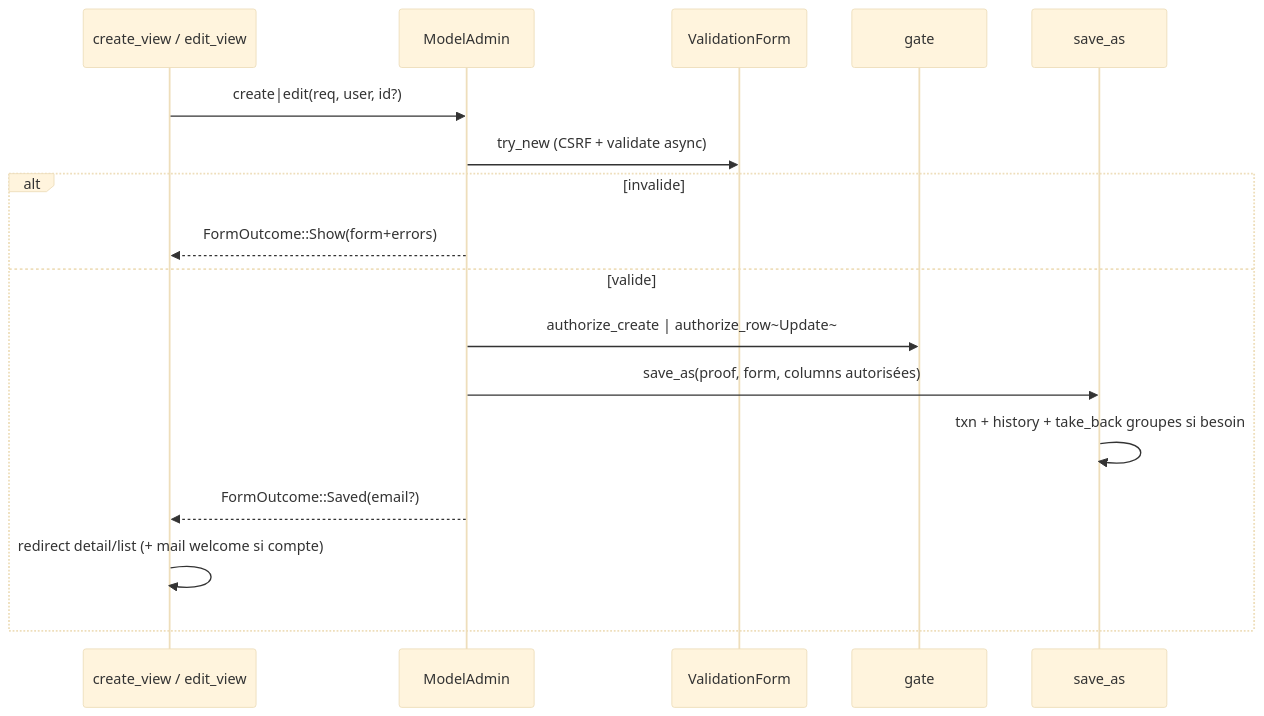
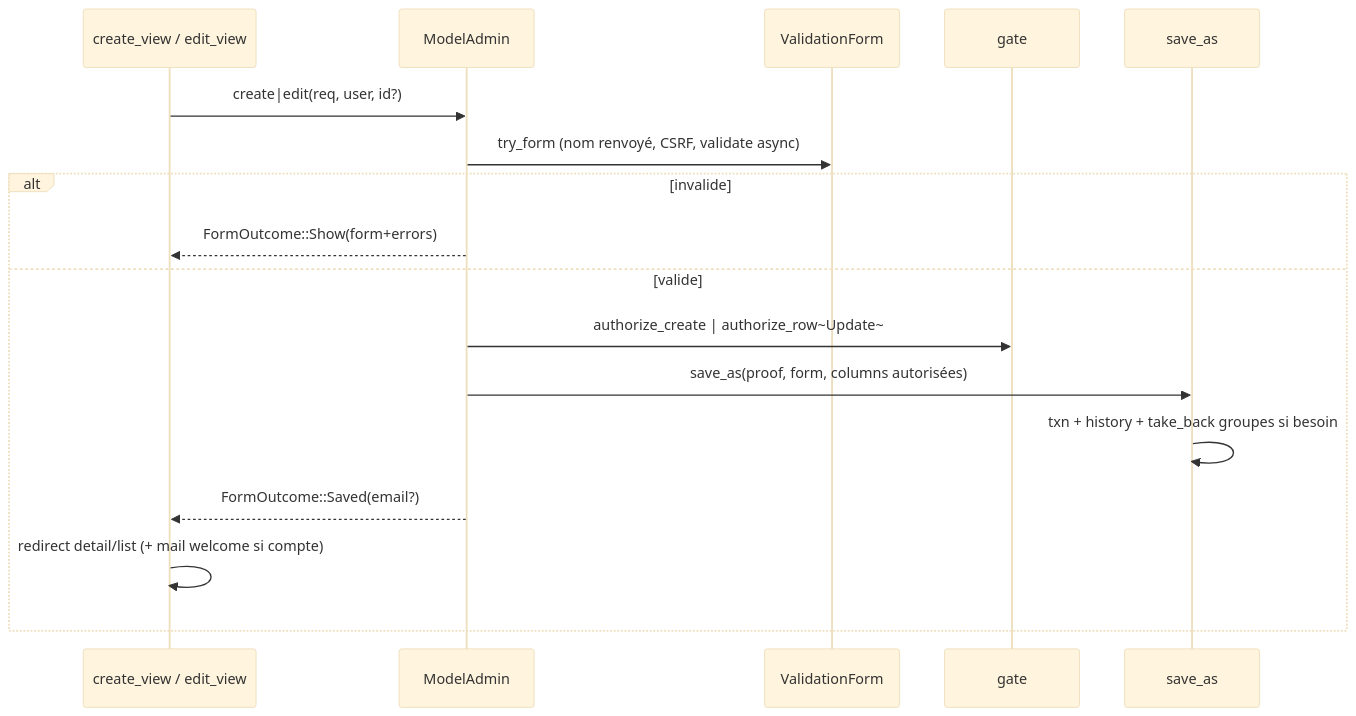
Before and after one commit to seb-alliot/runique: the third of 5 diagrams in diagramme/flux/admin-crud-reset-makemigrations.md, drawn with Mermaid (base theme). The commit also changed 56 other files, not shown here.

````diff
--- a/diagramme/flux/admin-crud-reset-makemigrations.md
+++ b/diagramme/flux/admin-crud-reset-makemigrations.md
@@ -65,20 +65,20 @@
 ```mermaid
 sequenceDiagram
     participant H as create_view / edit_view
     participant M as ModelAdmin
     participant VF as ValidationForm
     participant G as gate
     participant SA as save_as
 
     H->>M: create|edit(req, user, id?)
-    M->>VF: try_new (CSRF + validate async)
+    M->>VF: try_form (nom renvoyé, CSRF, validate async)
     alt invalide
         M-->>H: FormOutcome::Show(form+errors)
     else valide
         M->>G: authorize_create | authorize_row~Update~
         M->>SA: save_as(proof, form, columns autorisées)
         SA->>SA: txn + history + take_back groupes si besoin
         M-->>H: FormOutcome::Saved(email?)
         H->>H: redirect detail/list (+ mail welcome si compte)
     end
 ```
````
